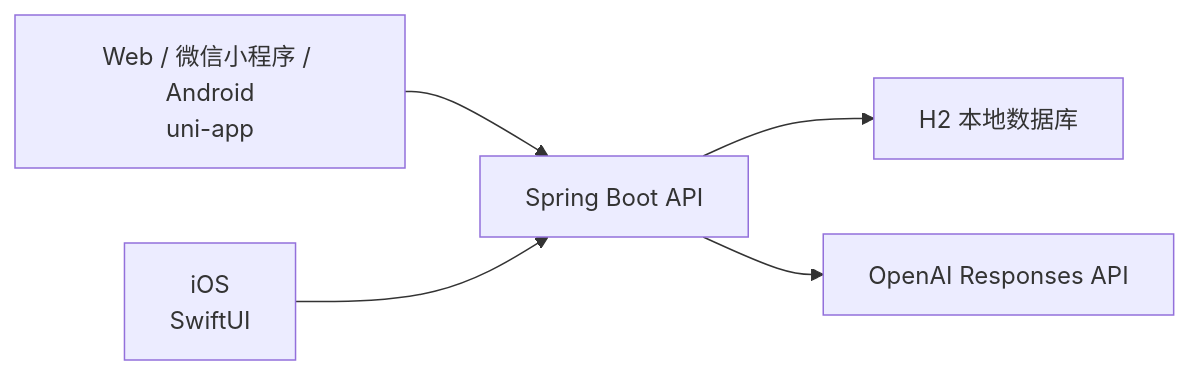
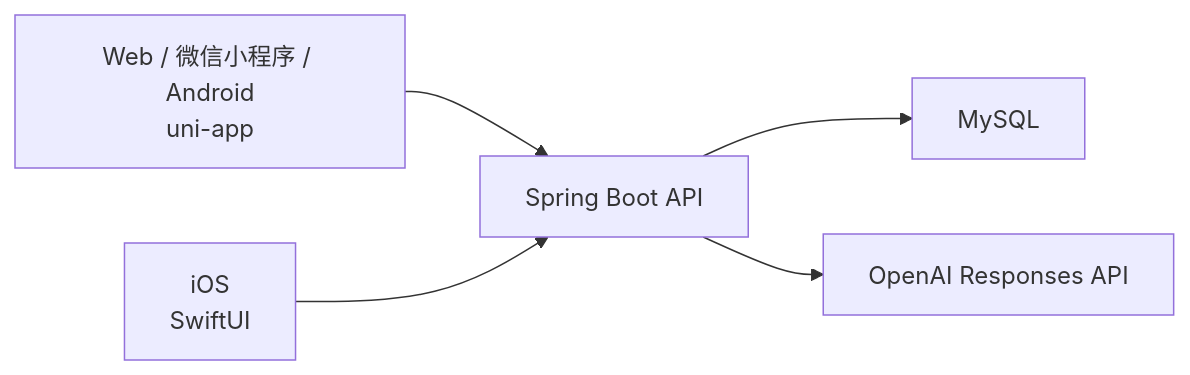
The diagram in docs/01-架构总览.md (Geraldgan/InterviewSystem), drawn with Mermaid before and after one commit. The commit also changed other lines of this file and 16 other files, not shown here.

````diff
--- a/docs/01-架构总览.md
+++ b/docs/01-架构总览.md
@@ -15,7 +15,7 @@
 ```mermaid
 flowchart LR
     A["Web / 微信小程序 / Android\nuni-app"] --> D["Spring Boot API"]
     B["iOS\nSwiftUI"] --> D
-    D --> E["H2 本地数据库"]
+    D --> E["MySQL"]
     D --> F["OpenAI Responses API"]
 ```
````
